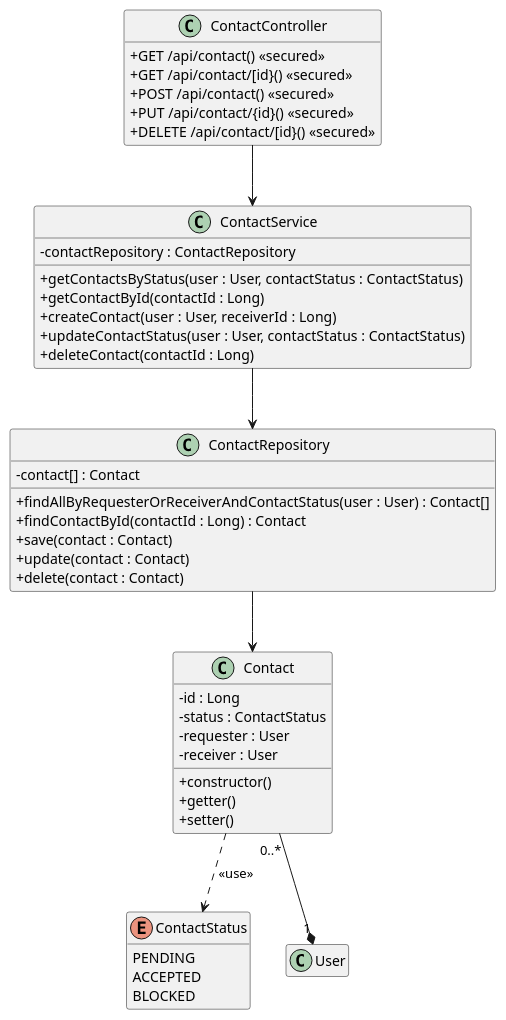
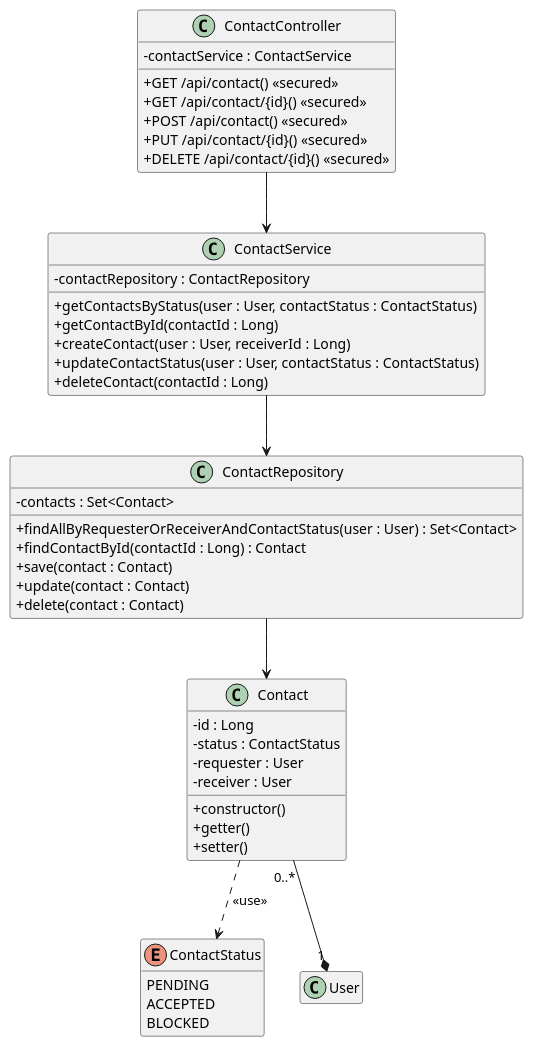
The diagram in uml/class/Class_Contact.puml (SpaghettiCodeGang/TryLater-Server), drawn with PlantUML before and after one commit.

Commit message:
fix: removes syntax mistakes

```diff
--- a/uml/class/Class_Contact.puml
+++ b/uml/class/Class_Contact.puml
@@ -1,53 +1,50 @@
 @startuml
 skinparam classAttributeIconSize 0
 hide empty members
 
 enum ContactStatus {
     PENDING
     ACCEPTED
     BLOCKED
 }
-
 class Contact {
     - id : Long
     - status : ContactStatus
     - requester : User
     - receiver : User
     + constructor()
     + getter()
     + setter()
 }
-
 class ContactRepository {
-    - contact[] : Contact
-    + findAllByRequesterOrReceiverAndContactStatus(user : User) : Contact[]
+    - contacts : Set<Contact>
+    + findAllByRequesterOrReceiverAndContactStatus(user : User) : Set<Contact>
     + findContactById(contactId : Long) : Contact
     + save(contact : Contact)
     + update(contact : Contact)
     + delete(contact : Contact)
 }
-
 class ContactService {
     - contactRepository : ContactRepository
     + getContactsByStatus(user : User, contactStatus : ContactStatus)
     + getContactById(contactId : Long)
     + createContact(user : User, receiverId : Long)
     + updateContactStatus(user : User, contactStatus : ContactStatus)
     + deleteContact(contactId : Long)
 }
-
 class ContactController {
+    - contactService : ContactService
     + GET /api/contact() <<secured>>
-    + GET /api/contact/[id}() <<secured>>
+    + GET /api/contact/{id}() <<secured>>
     + POST /api/contact() <<secured>>
     + PUT /api/contact/{id}() <<secured>>
-    + DELETE /api/contact/[id}() <<secured>>
+    + DELETE /api/contact/{id}() <<secured>>
 }
 
 Contact "0..*" --* "1" User
 Contact ..> ContactStatus : <<use>>
 ContactRepository --> Contact
 ContactService --> ContactRepository
 ContactController --> ContactService
 
 @enduml
```
